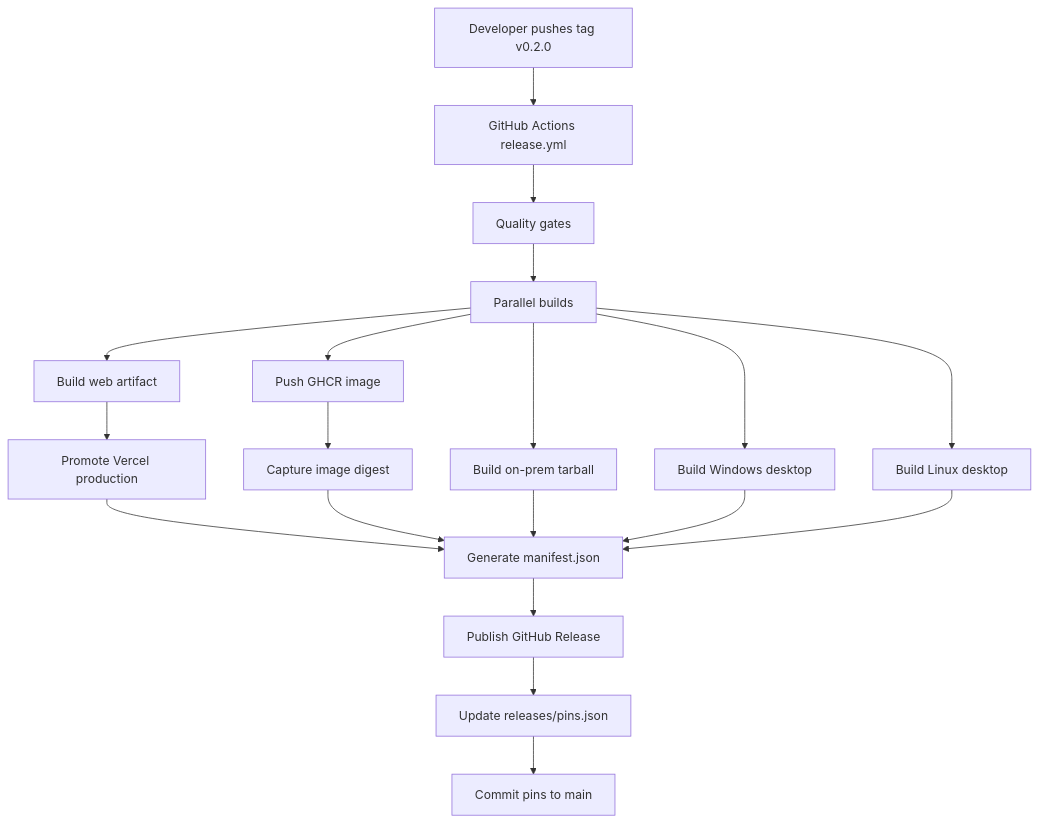
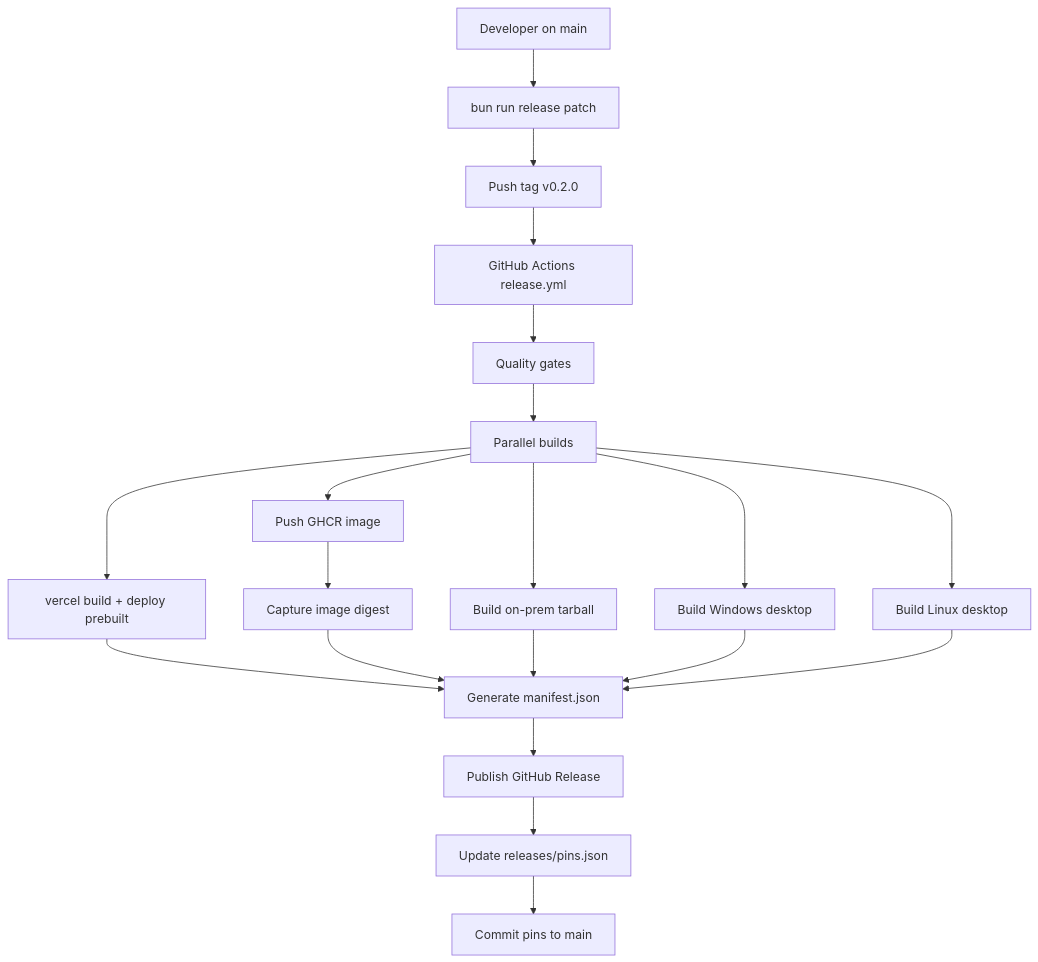
One commit to iouthnamain/bidtoolv3 changed the first of 7 diagrams in docs/updates/flows.md. Above: the diagram before and after it, drawn with Mermaid. The commit also changed other lines of this file and 19 other files, not shown here.

First line of the commit message:
Add release CLI and harden update-system CI/docs.

````diff
--- a/docs/updates/flows.md
+++ b/docs/updates/flows.md
@@ -9,21 +9,22 @@
 ```mermaid
 flowchart TD
-  dev[Developer pushes tag v0.2.0] --> ci[GitHub Actions release.yml]
+  dev[Developer on main] --> cli[bun run release patch]
+  cli --> tag[Push tag v0.2.0]
+  tag --> ci[GitHub Actions release.yml]
   ci --> quality[Quality gates]
   quality --> parallel[Parallel builds]
-  parallel --> web[Build web artifact]
+  parallel --> vercel[vercel build + deploy prebuilt]
   parallel --> docker[Push GHCR image]
   parallel --> bundle[Build on-prem tarball]
   parallel --> deskWin[Build Windows desktop]
   parallel --> deskLinux[Build Linux desktop]
-  web --> vercel[Promote Vercel production]
+  vercel --> manifest[Generate manifest.json]
   docker --> digest[Capture image digest]
-  vercel --> manifest[Generate manifest.json]
   digest --> manifest
   bundle --> manifest
   deskWin --> manifest
   deskLinux --> manifest
   manifest --> ghRelease[Publish GitHub Release]
   ghRelease --> pins[Update releases/pins.json]
   pins --> commit[Commit pins to main]
 ```
````
